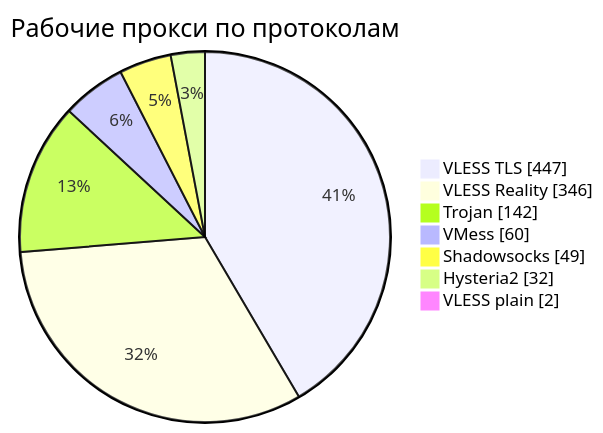
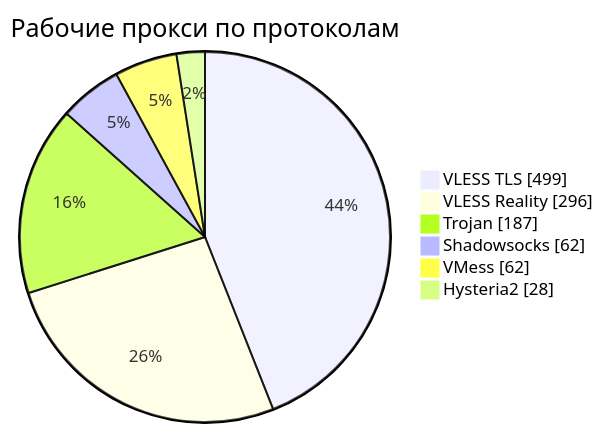
Before and after one commit to rvvg/proxy-subs: the third of 4 diagrams in README.md, drawn with Mermaid. The commit also changed other lines of this file and 57 other files, not shown here.

````diff
--- a/README.md
+++ b/README.md
@@ -145,11 +144,10 @@
 ```mermaid
 pie showData
     title Рабочие прокси по протоколам
-    "VLESS TLS" : 447
-    "VLESS Reality" : 346
-    "Trojan" : 142
-    "VMess" : 60
-    "Shadowsocks" : 49
-    "Hysteria2" : 32
-    "VLESS plain" : 2
+    "VLESS TLS" : 499
+    "VLESS Reality" : 296
+    "Trojan" : 187
+    "Shadowsocks" : 62
+    "VMess" : 62
+    "Hysteria2" : 28
 ```
````
